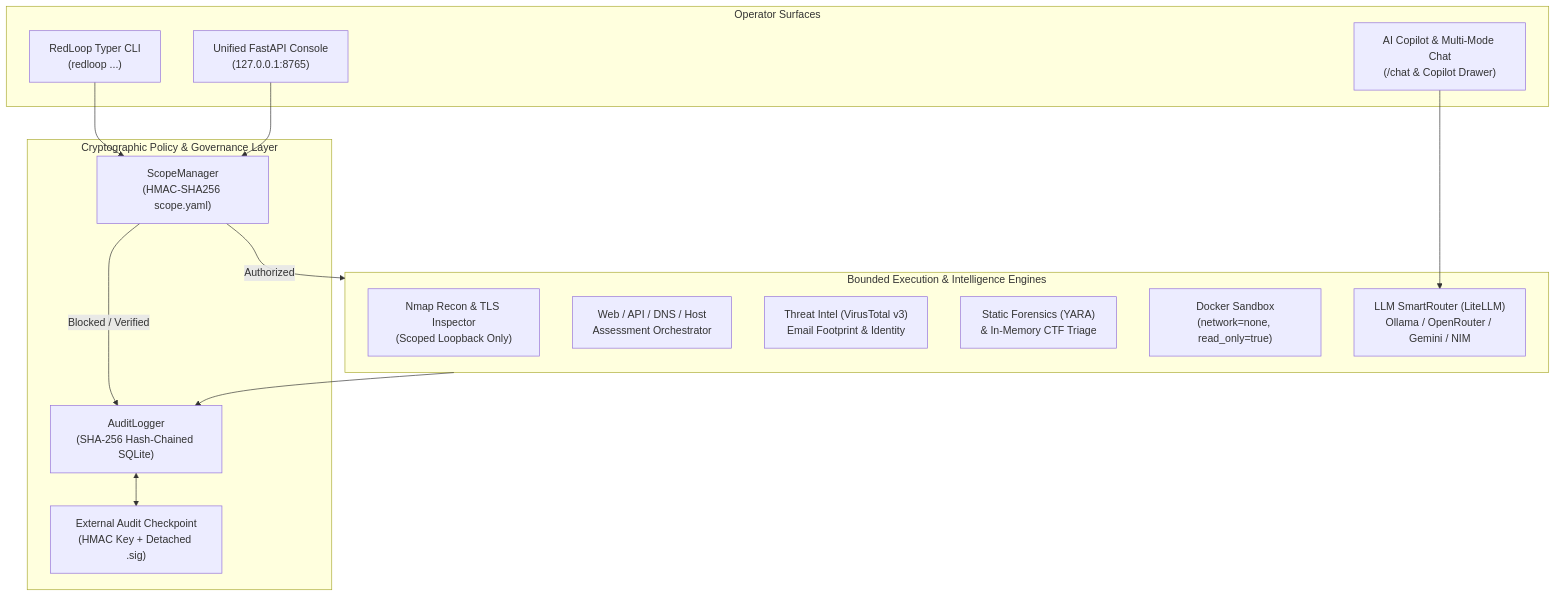
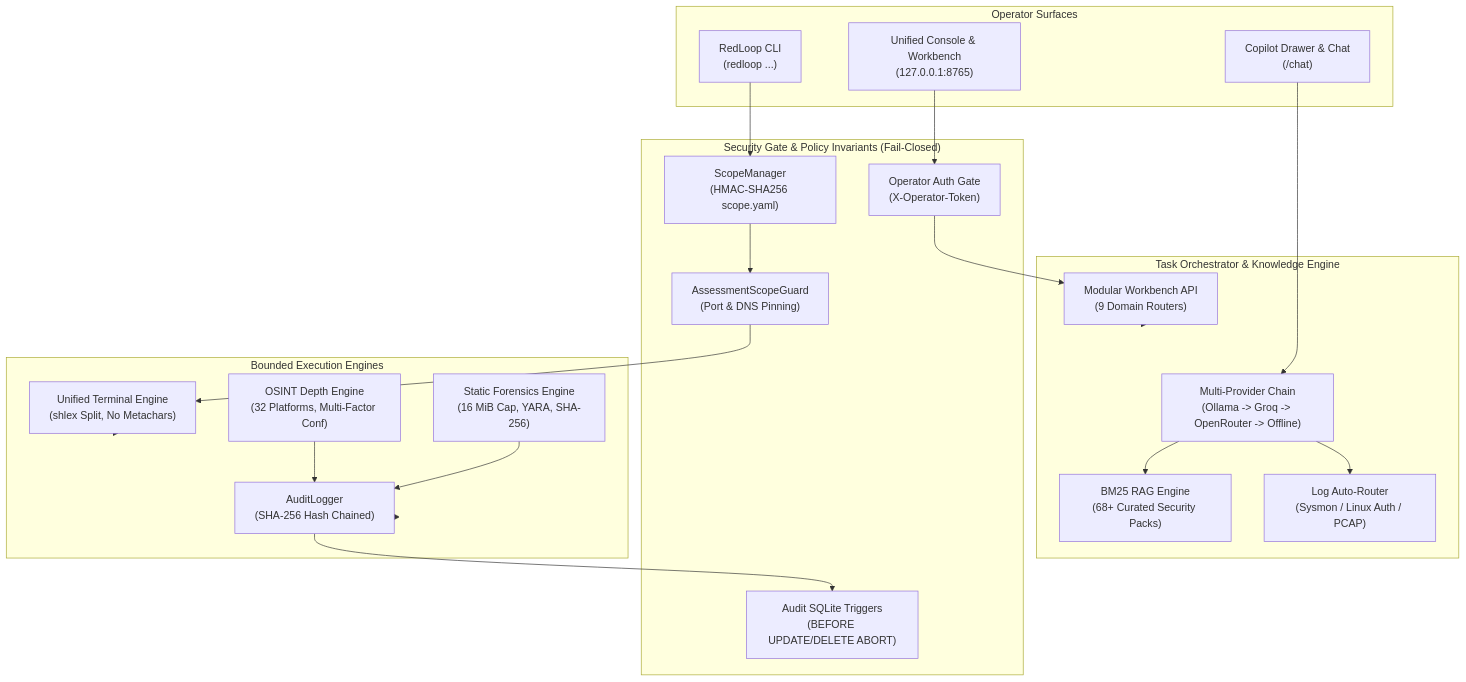
One commit to rabigupta-123/redloop-cybersecurity-copilot changed the diagram in README.md. Above: the diagram before and after it, drawn with Mermaid. The commit also changed other lines of this file and 1 other file, not shown here.

Commit message:
docs(readme): upgrade professional documentation, architecture diagram, benchmarks, and release pipeline

````diff
--- a/README.md
+++ b/README.md
@@ -147,32 +105,44 @@
 ```mermaid
 flowchart TB
-    subgraph Surfaces["Operator Surfaces"]
-        CLI["RedLoop Typer CLI<br/>(redloop ...)"]
-        UI["Unified FastAPI Console<br/>(127.0.0.1:8765)"]
-        Chat["AI Copilot & Multi-Mode Chat<br/>(/chat & Copilot Drawer)"]
+    subgraph Clients["Operator Surfaces"]
+        CLI["RedLoop CLI<br/>(redloop ...)"]
+        UI["Unified Console & Workbench<br/>(127.0.0.1:8765)"]
+        Chat["Copilot Drawer & Chat<br/>(/chat)"]
     end
 
-    subgraph Governance["Cryptographic Policy & Governance Layer"]
+    subgraph SecurityGate["Security Gate & Policy Invariants (Fail-Closed)"]
         Scope["ScopeManager<br/>(HMAC-SHA256 scope.yaml)"]
-        Audit["AuditLogger<br/>(SHA-256 Hash-Chained SQLite)"]
-        Checkpoint["External Audit Checkpoint<br/>(HMAC Key + Detached .sig)"]
+        Guard["AssessmentScopeGuard<br/>(Port & DNS Pinning)"]
+        TokenAuth["Operator Auth Gate<br/>(X-Operator-Token)"]
+        Triggers["Audit SQLite Triggers<br/>(BEFORE UPDATE/DELETE ABORT)"]
     end
 
-    subgraph Engines["Bounded Execution & Intelligence Engines"]
-        Recon["Nmap Recon & TLS Inspector<br/>(Scoped Loopback Only)"]
-        Web["Web / API / DNS / Host<br/>Assessment Orchestrator"]
-        Intel["Threat Intel (VirusTotal v3)<br/>Email Footprint & Identity"]
-        Forensics["Static Forensics (YARA)<br/>& In-Memory CTF Triage"]
-        Sandbox["Docker Sandbox<br/>(network=none, read_only=true)"]
-        Router["LLM SmartRouter (LiteLLM)<br/>Ollama / OpenRouter / Gemini / NIM"]
+    subgraph Orchestration["Task Orchestrator & Knowledge Engine"]
+        Router["Multi-Provider Chain<br/>(Ollama -> Groq -> OpenRouter -> Offline)"]
+        RAG["BM25 RAG Engine<br/>(68+ Curated Security Packs)"]
+        AutoRoute["Log Auto-Router<br/>(Sysmon / Linux Auth / PCAP)"]
+        Workbench["Modular Workbench API<br/>(9 Domain Routers)"]
+    end
+
+    subgraph Execution["Bounded Execution Engines"]
+        Term["Unified Terminal Engine<br/>(shlex Split, No Metachars)"]
+        OSINT["OSINT Depth Engine<br/>(32 Platforms, Multi-Factor Conf)"]
+        Forensics["Static Forensics Engine<br/>(16 MiB Cap, YARA, SHA-256)"]
+        Audit["AuditLogger<br/>(SHA-256 Hash Chained)"]
     end
 
     CLI --> Scope
-    UI --> Scope
+    UI --> TokenAuth --> Workbench
     Chat --> Router
 
-    Scope -->|Authorized| Engines
-    Scope -->|Blocked / Verified| Audit
-    Engines --> Audit
-    Audit <--> Checkpoint
+    Scope --> Guard --> Term
+    Workbench --> Orchestration
+    Router --> RAG
+    Router --> AutoRoute
+
+    Term --> Execution
+    OSINT --> Audit
+    Forensics --> Audit
+    Execution --> Audit
+    Audit --> Triggers
 ```
````
